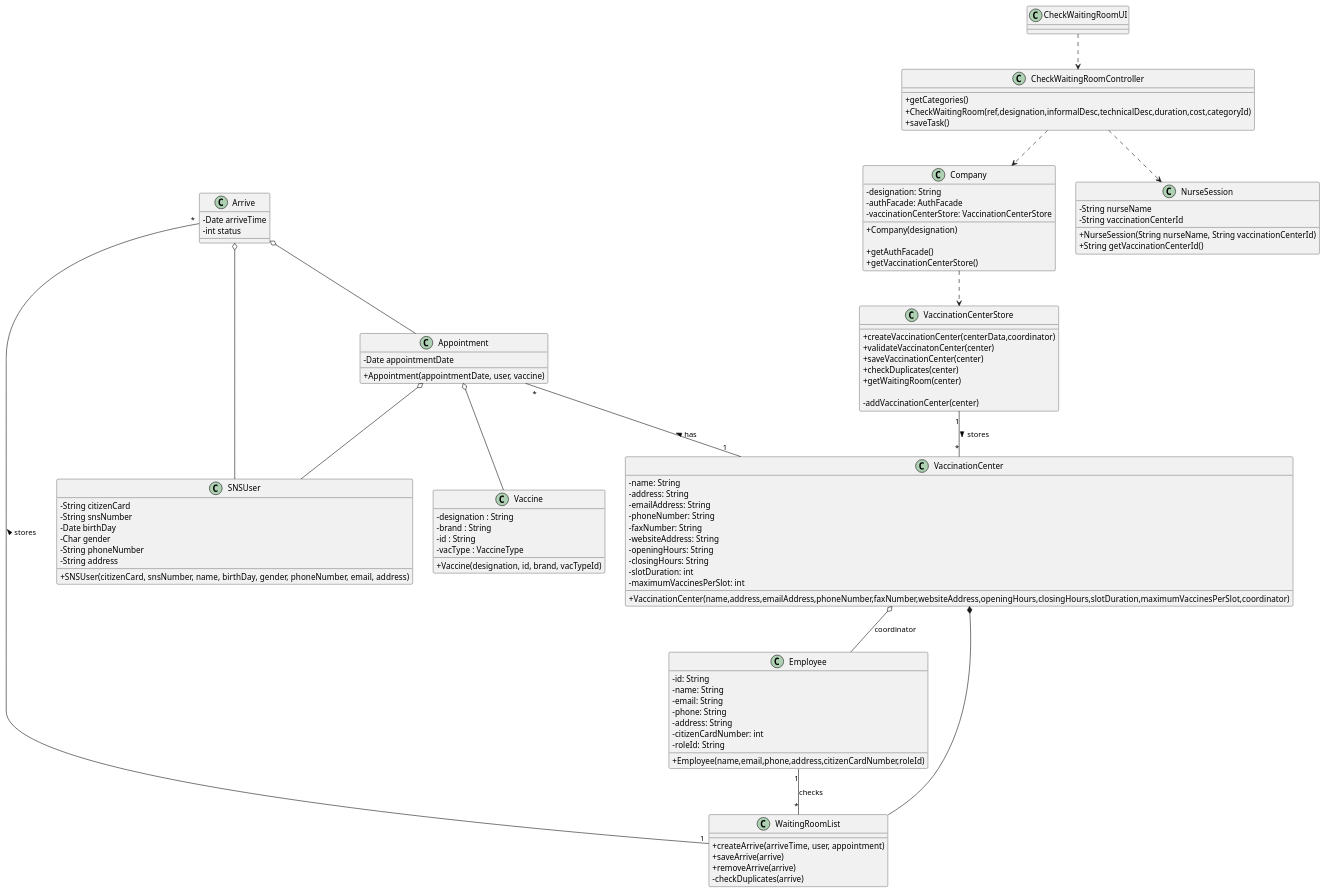
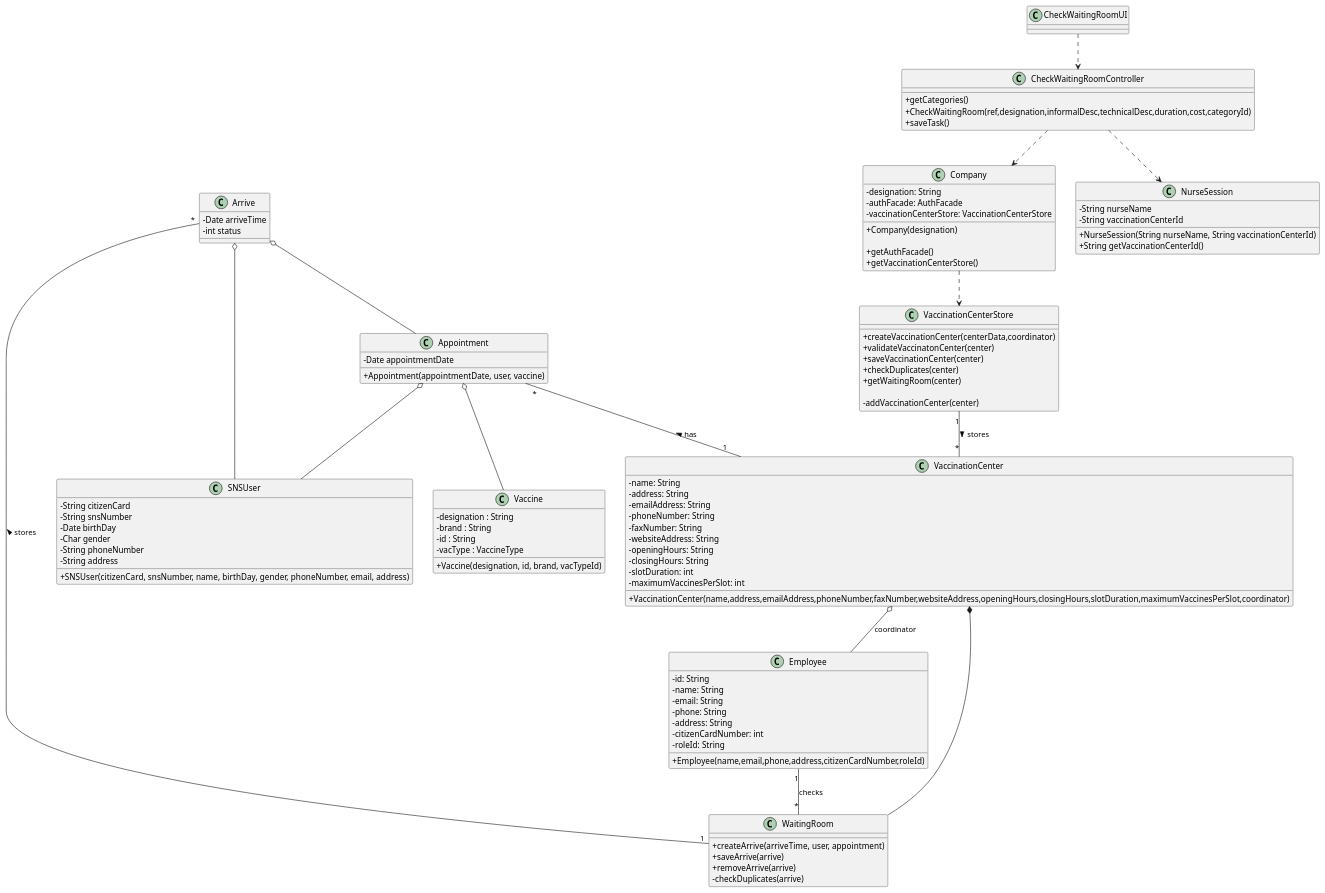
The diagram in docs/SprintC/US05/CD/US05_CD.puml (miseEnPlace-i/lapr2), drawn with PlantUML before and after one commit. The commit also changed 1 other file, not shown here.

```diff
--- a/docs/SprintC/US05/CD/US05_CD.puml
+++ b/docs/SprintC/US05/CD/US05_CD.puml
@@ -1,127 +1,127 @@
 @startuml
 skinparam classAttributeIconSize 0
 
 class Arrive {
   - Date arriveTime
   - int status
 }
 
 class NurseSession {
   - String nurseName
   - String vaccinationCenterId
 
   + NurseSession(String nurseName, String vaccinationCenterId)
   + String getVaccinationCenterId()
 }
 
 class Company {
   -designation: String
   -authFacade: AuthFacade
   -vaccinationCenterStore: VaccinationCenterStore
   
   +Company(designation)
 
   +getAuthFacade()
   +getVaccinationCenterStore()
 }
 
 class CheckWaitingRoomController {
   +getCategories()
   +CheckWaitingRoom(ref,designation,informalDesc,technicalDesc,duration,cost,categoryId)
   +saveTask()
 }
 
 class CheckWaitingRoomUI {}
 
 class VaccinationCenter {
   - name: String
   - address: String
   - emailAddress: String
   - phoneNumber: String
   - faxNumber: String
   - websiteAddress: String
   - openingHours: String
   - closingHours: String
   - slotDuration: int
   - maximumVaccinesPerSlot: int
   
   +VaccinationCenter(name,address,emailAddress,phoneNumber,faxNumber,websiteAddress,openingHours,closingHours,slotDuration,maximumVaccinesPerSlot,coordinator)
 }
 
 class VaccinationCenterStore {
   +createVaccinationCenter(centerData,coordinator)
   +validateVaccinatonCenter(center)
   +saveVaccinationCenter(center)
   +checkDuplicates(center)
   +getWaitingRoom(center)
 
   -addVaccinationCenter(center)
 }
 
 class Employee {
   -id: String 
   -name: String 
   -email: String 
   -phone: String 
   -address: String 
   -citizenCardNumber: int 
   -roleId: String 
 
   +Employee(name,email,phone,address,citizenCardNumber,roleId)
 }
 
 class SNSUser {
   - String citizenCard
   - String snsNumber
   - Date birthDay
   - Char gender
   - String phoneNumber
   - String address
   + SNSUser(citizenCard, snsNumber, name, birthDay, gender, phoneNumber, email, address)
 }
 
-class WaitingRoomList {
+class WaitingRoom {
   +createArrive(arriveTime, user, appointment)
   +saveArrive(arrive)
   +removeArrive(arrive)
   -checkDuplicates(arrive)
 }
 
 class Appointment {
   -Date appointmentDate
 
   +Appointment(appointmentDate, user, vaccine)
 }
 
 class Vaccine{
   -designation : String
   -brand : String
   -id : String
   -vacType : VaccineType
 
   +Vaccine(designation, id, brand, vacTypeId)
 }
 
 CheckWaitingRoomUI ..> CheckWaitingRoomController
 CheckWaitingRoomController ..> Company
 
 Arrive o-- SNSUser
 Arrive o-- Appointment
 Appointment o-- SNSUser
 
 VaccinationCenter o-- Employee : coordinator
 VaccinationCenterStore "1" -- "*" VaccinationCenter : stores >
 
 Company ..> VaccinationCenterStore
 
-WaitingRoomList "1" -- "*" Arrive : stores >
+WaitingRoom "1" -- "*" Arrive : stores >
 
-Employee "1" -- "*" WaitingRoomList : checks
-VaccinationCenter *-- WaitingRoomList
+Employee "1" -- "*" WaitingRoom : checks
+VaccinationCenter *-- WaitingRoom
 
 CheckWaitingRoomController ..> NurseSession
 
 Appointment "*" -- "1" VaccinationCenter : has <
 Appointment o-- Vaccine
 
 @enduml
```
